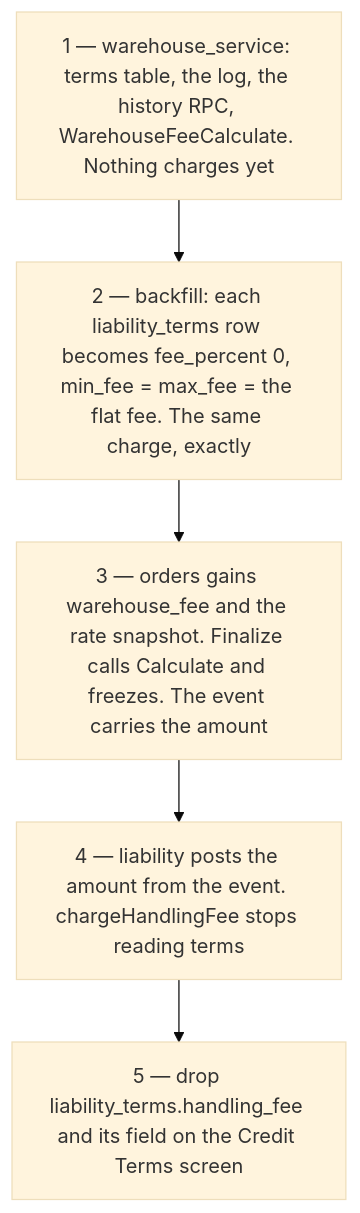
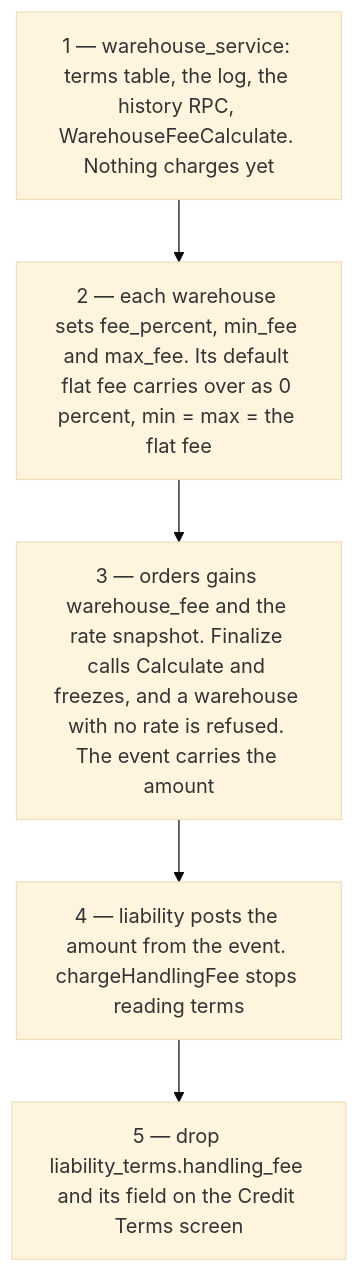
One commit to pdcgo/warehouse_revamp changed the third of 5 diagrams in docs/business/teams/warehouse/context_clarify.md. Above: the diagram before and after it, drawn with Mermaid (base theme). The commit also changed other lines of this file and 16 other files, not shown here.

First line of the commit message:
docs: the rollup re-ranked and worked down — the fee contract, the transfer fee, root's orders, the warehouse workbench, expenses

````diff
--- a/docs/business/teams/warehouse/context_clarify.md
+++ b/docs/business/teams/warehouse/context_clarify.md
@@ -200,9 +194,9 @@
 ```mermaid
 flowchart TD
   S1["1 — warehouse_service: terms table, the log, the history RPC, WarehouseFeeCalculate. Nothing charges yet"]
-  S2["2 — backfill: each liability_terms row becomes fee_percent 0, min_fee = max_fee = the flat fee. The same charge, exactly"]
-  S3["3 — orders gains warehouse_fee and the rate snapshot. Finalize calls Calculate and freezes. The event carries the amount"]
+  S2["2 — each warehouse sets fee_percent, min_fee and max_fee. Its default flat fee carries over as 0 percent, min = max = the flat fee"]
+  S3["3 — orders gains warehouse_fee and the rate snapshot. Finalize calls Calculate and freezes, and a warehouse with no rate is refused. The event carries the amount"]
   S4["4 — liability posts the amount from the event. chargeHandlingFee stops reading terms"]
   S5["5 — drop liability_terms.handling_fee and its field on the Credit Terms screen"]
   S1 --> S2 --> S3 --> S4 --> S5
 ```
````
